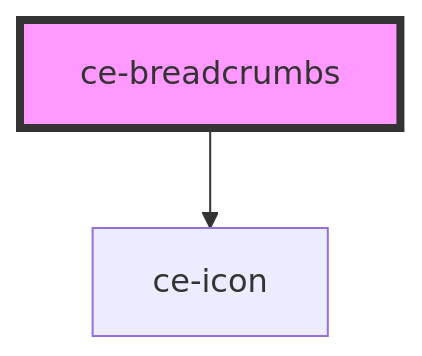
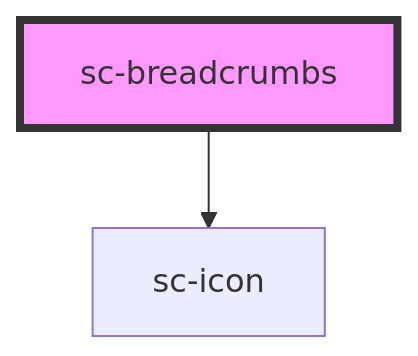
Before and after one commit to surecart/surecart-wp-plugin: the diagram in packages/components/src/components/ui/breadcrumbs/readme.md, drawn with Mermaid. The commit also changed other lines of this file and 1281 other files, not shown here.

````diff
--- a/packages/components/src/components/ui/breadcrumbs/readme.md
+++ b/packages/components/src/components/ui/breadcrumbs/readme.md
@@ -29,5 +29,5 @@
 ```mermaid
 graph TD;
-  ce-breadcrumbs --> ce-icon
-  style ce-breadcrumbs fill:#f9f,stroke:#333,stroke-width:4px
+  sc-breadcrumbs --> sc-icon
+  style sc-breadcrumbs fill:#f9f,stroke:#333,stroke-width:4px
 ```
````
